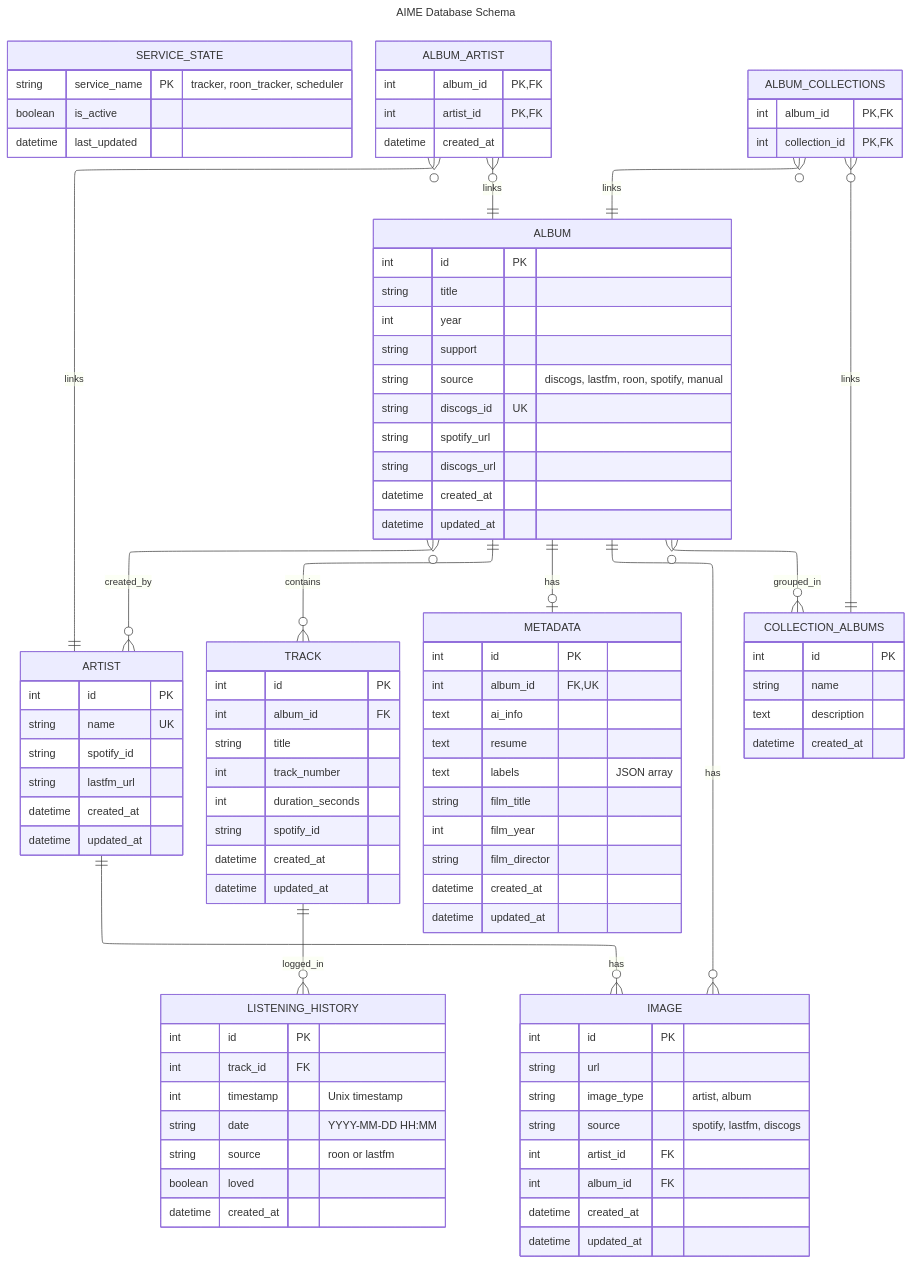
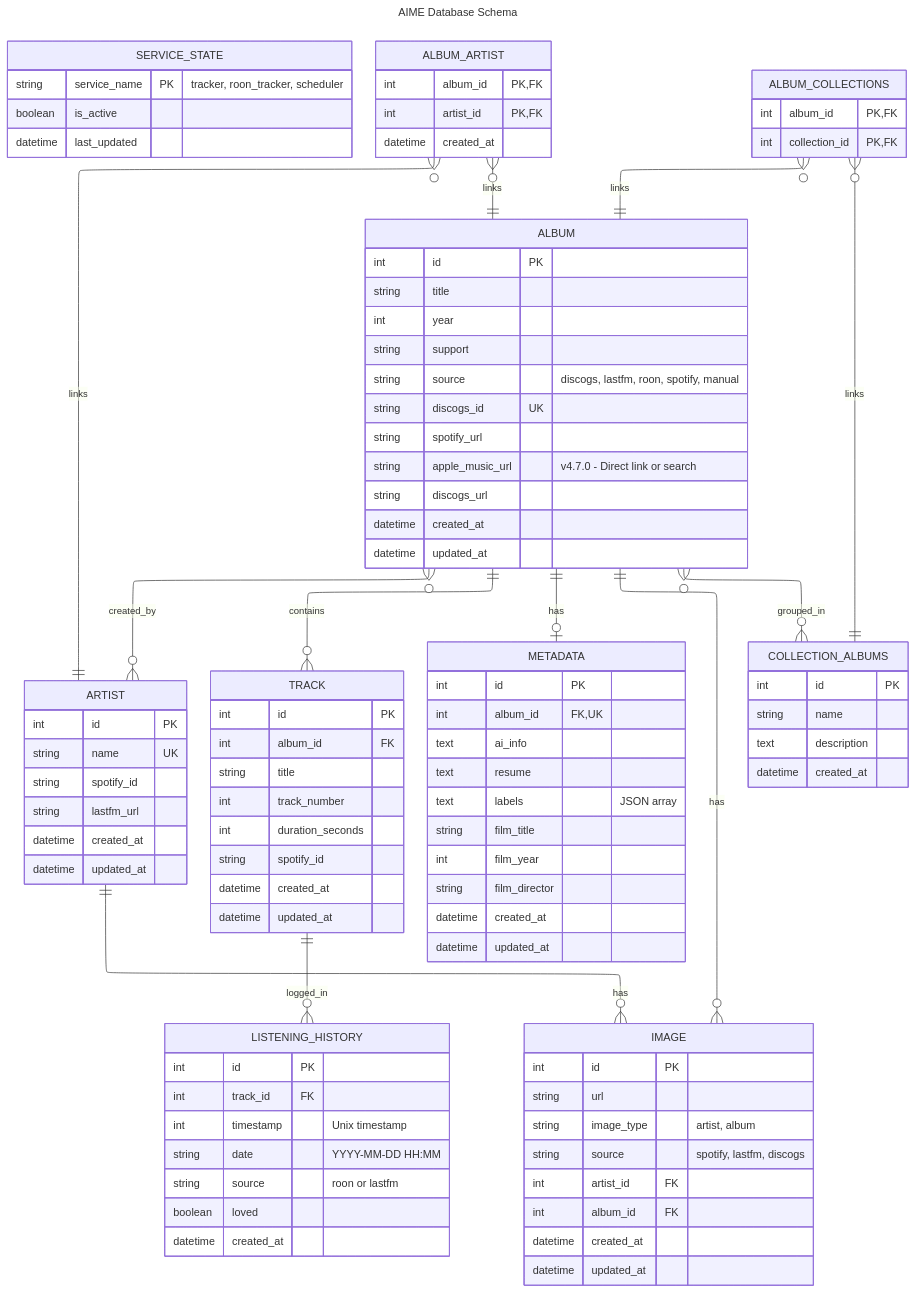
Before and after one commit to pat-the-geek/AIME---AI-Music-Enabler: the diagram in docs/architecture/DATABASE-SCHEMA.md, drawn with Mermaid. The commit also changed other lines of this file and 1 other file, not shown here.

First line of the commit message:
docs: Update database schema documentation for v4.7.0 Apple Music

```diff
--- a/docs/architecture/DATABASE-SCHEMA.md
+++ b/docs/architecture/DATABASE-SCHEMA.md
@@ -22,6 +22,7 @@
         string source "discogs, lastfm, roon, spotify, manual"
         string discogs_id UK
         string spotify_url
+        string apple_music_url "v4.7.0 - Direct link or search"
         string discogs_url
         datetime created_at
         datetime updated_at
```
